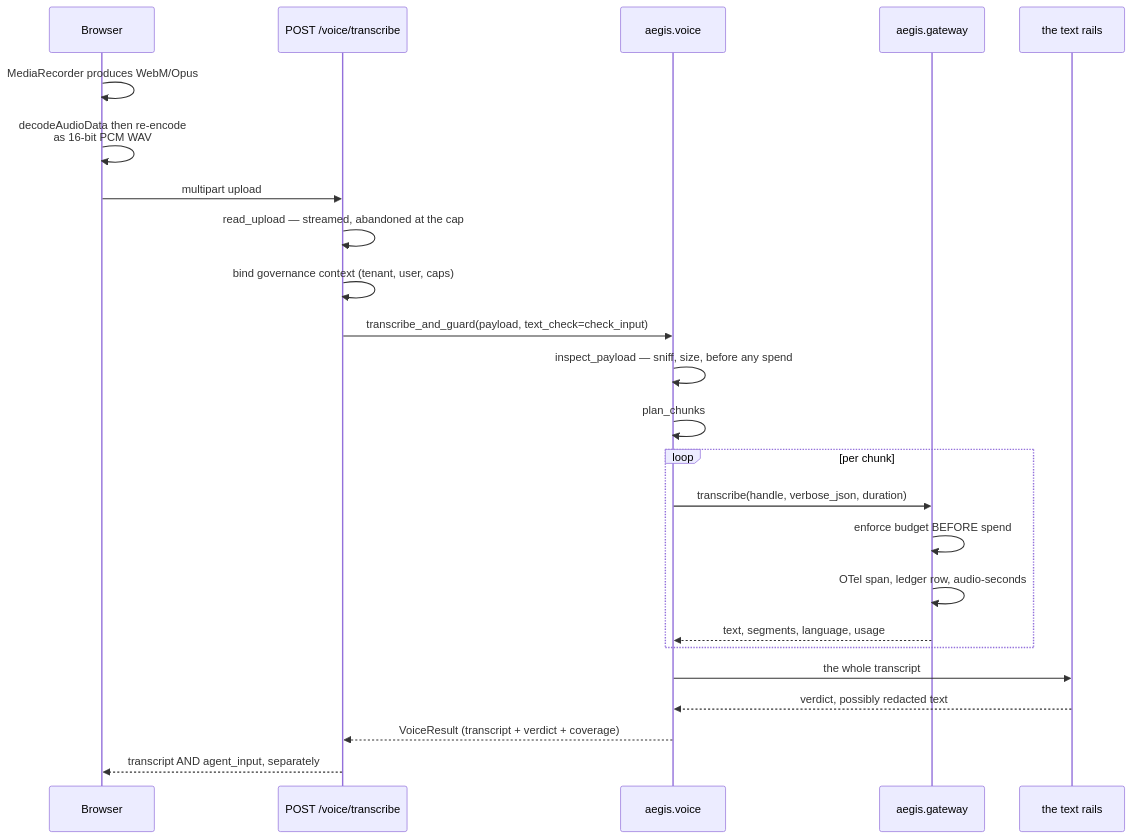
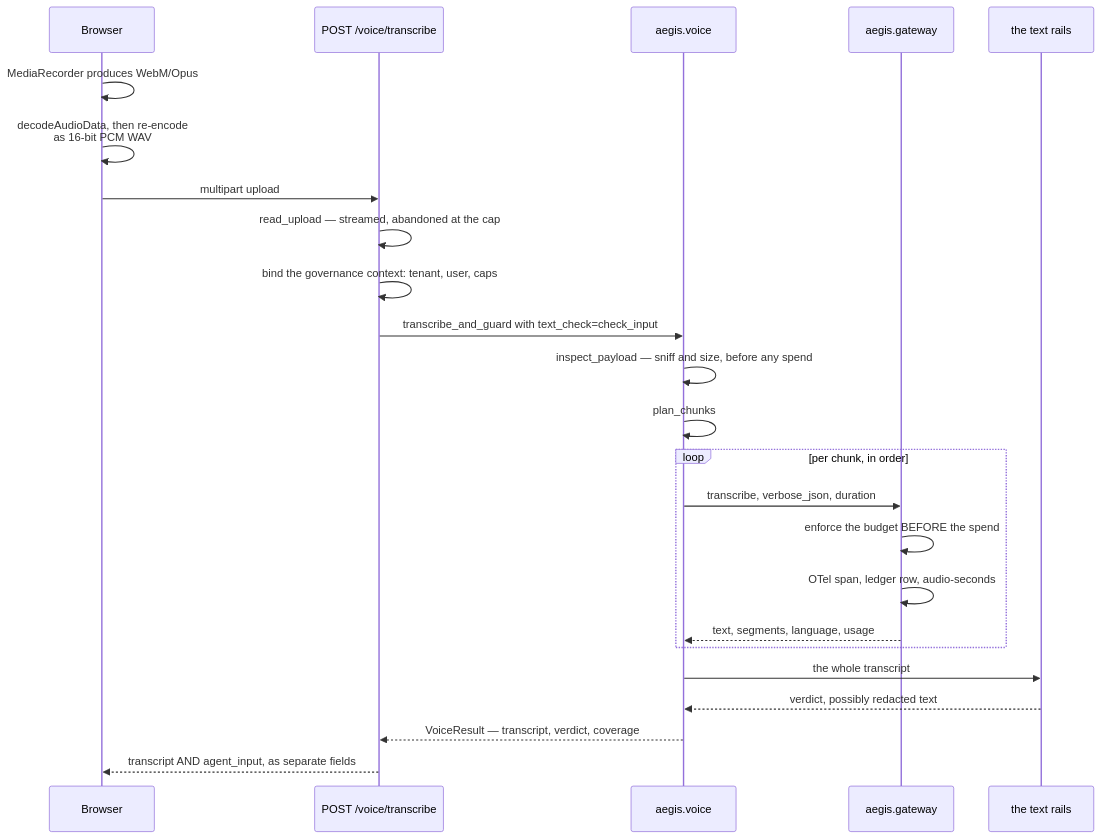
Before and after one commit to yrevash/aegis: the fourth of 4 diagrams in docs/teaching/voice/40-diagrams.md, drawn with Mermaid. The commit also changed other lines of this file and 111 other files, not shown here.

````diff
--- a/docs/teaching/voice/40-diagrams.md
+++ b/docs/teaching/voice/40-diagrams.md
@@ -233,31 +145,31 @@
 ```mermaid
 sequenceDiagram
     participant B as Browser
     participant R as POST /voice/transcribe
     participant V as aegis.voice
     participant G as aegis.gateway
     participant RL as the text rails
 
     B->>B: MediaRecorder produces WebM/Opus
-    B->>B: decodeAudioData then re-encode<br/>as 16-bit PCM WAV
+    B->>B: decodeAudioData, then re-encode<br/>as 16-bit PCM WAV
     B->>R: multipart upload
 
     R->>R: read_upload — streamed, abandoned at the cap
-    R->>R: bind governance context (tenant, user, caps)
-    R->>V: transcribe_and_guard(payload, text_check=check_input)
+    R->>R: bind the governance context: tenant, user, caps
+    R->>V: transcribe_and_guard with text_check=check_input
 
-    V->>V: inspect_payload — sniff, size, before any spend
+    V->>V: inspect_payload — sniff and size, before any spend
     V->>V: plan_chunks
 
-    loop per chunk
-        V->>G: transcribe(handle, verbose_json, duration)
-        G->>G: enforce budget BEFORE spend
+    loop per chunk, in order
+        V->>G: transcribe, verbose_json, duration
+        G->>G: enforce the budget BEFORE the spend
         G->>G: OTel span, ledger row, audio-seconds
         G-->>V: text, segments, language, usage
     end
 
     V->>RL: the whole transcript
     RL-->>V: verdict, possibly redacted text
-    V-->>R: VoiceResult (transcript + verdict + coverage)
-    R-->>B: transcript AND agent_input, separately
+    V-->>R: VoiceResult — transcript, verdict, coverage
+    R-->>B: transcript AND agent_input, as separate fields
 ```
````
